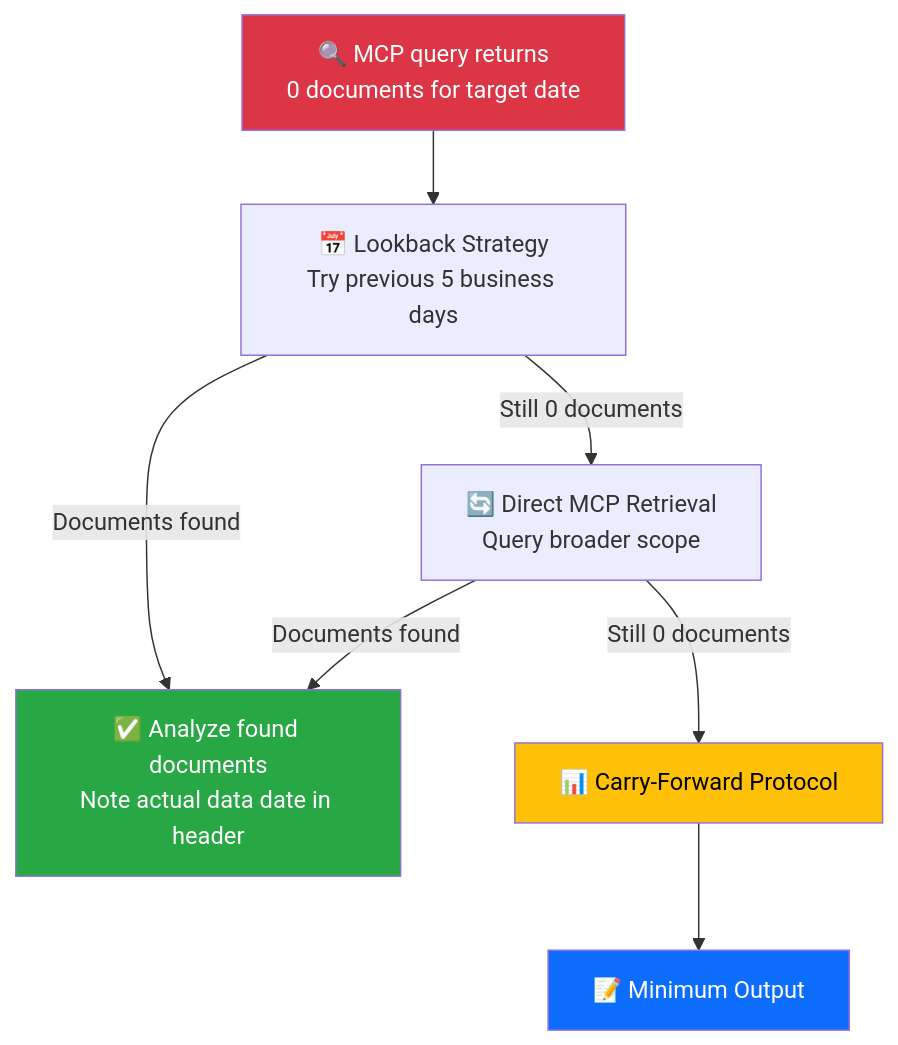
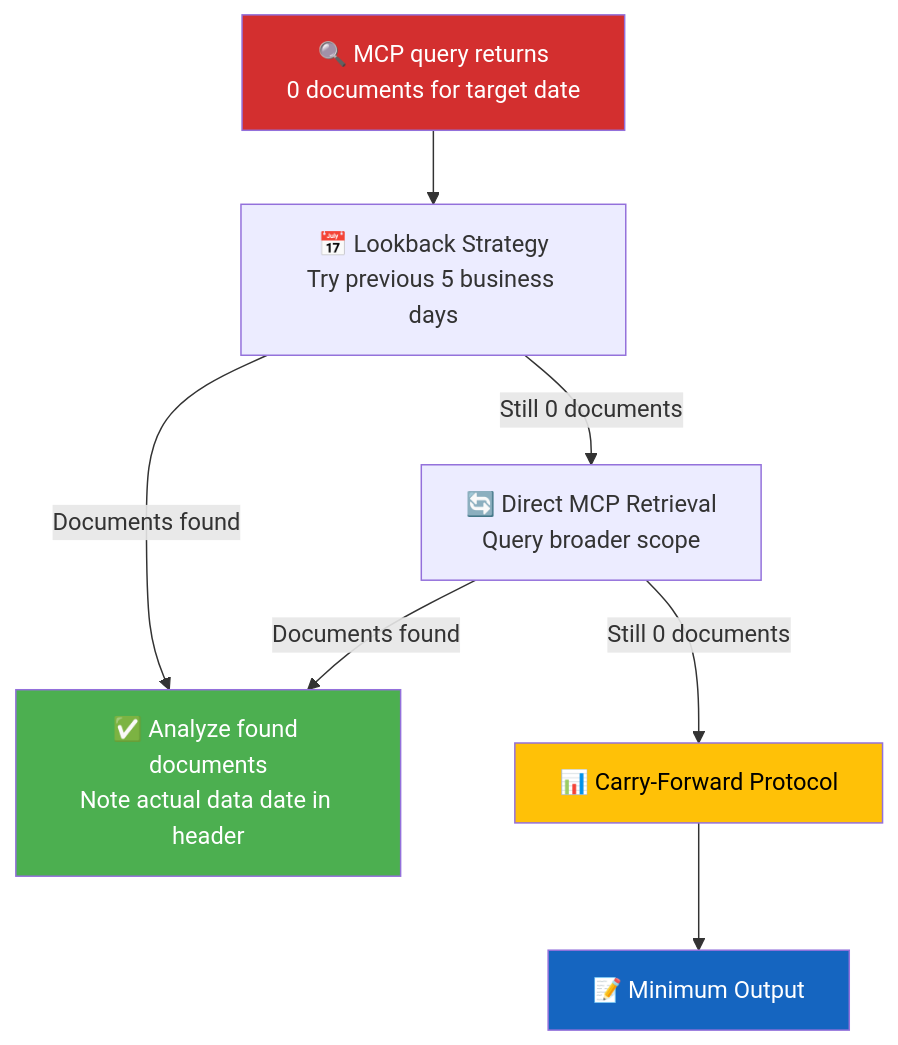
Before and after one commit to Hack23/riksdagsmonitor: diagram 11 of 11 in analysis/methodologies/ai-driven-analysis-guide.md, drawn with Mermaid. The commit also changed other lines of this file and 14 other files, not shown here.

First line of the commit message:
Align analysis/ mermaid diagrams with ISMS Style Guide palette and convert SWOT to quadrantChart

````diff
--- a/analysis/methodologies/ai-driven-analysis-guide.md
+++ b/analysis/methodologies/ai-driven-analysis-guide.md
@@ -1890,15 +1897,15 @@
 ```mermaid
 flowchart TD
     START["🔍 MCP query returns<br/>0 documents for target date"]
     START --> LB["📅 Lookback Strategy<br/>Try previous 5 business days"]
     LB -->|"Documents found"| ANALYZE["✅ Analyze found documents<br/>Note actual data date in header"]
     LB -->|"Still 0 documents"| DIRECT["🔄 Direct MCP Retrieval<br/>Query broader scope"]
     DIRECT -->|"Documents found"| ANALYZE
     DIRECT -->|"Still 0 documents"| CARRY["📊 Carry-Forward Protocol"]
     CARRY --> OUTPUT["📝 Minimum Output"]
 
-    style START fill:#dc3545,color:#fff
-    style ANALYZE fill:#28a745,color:#fff
-    style CARRY fill:#ffc107,color:#000
-    style OUTPUT fill:#0d6efd,color:#fff
+    style START fill:#D32F2F,color:#FFFFFF
+    style ANALYZE fill:#4CAF50,color:#FFFFFF
+    style CARRY fill:#FFC107,color:#000000
+    style OUTPUT fill:#1565C0,color:#FFFFFF
 ```
````
